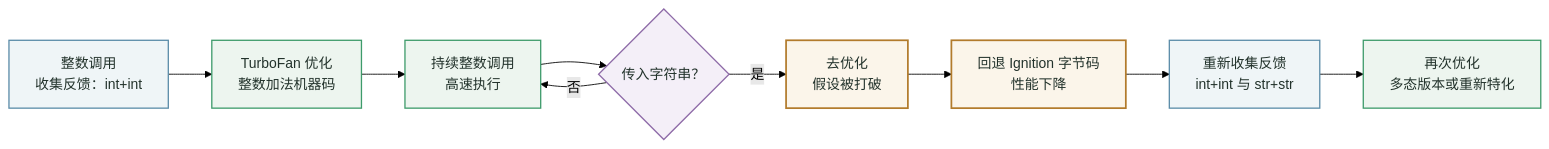
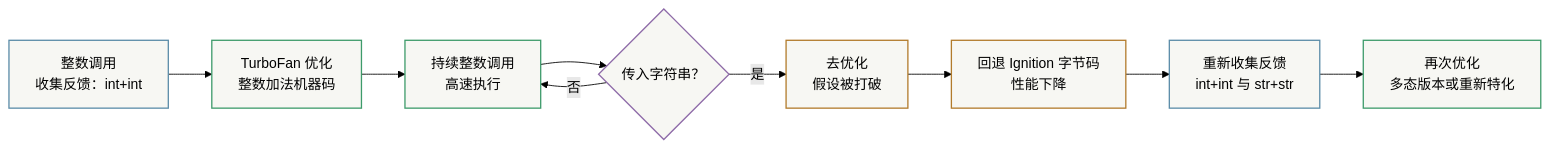
Before and after one commit to Fatejian/frontier-vault: the second of 4 diagrams in docs/javascript/v8-jit-gc.md, drawn with Mermaid (forest theme). The commit also changed other lines of this file and 65 other files, not shown here.

First line of the commit message:
fix(theme): unify mermaid chart palette and remove solid core fills

````diff
--- a/docs/javascript/v8-jit-gc.md
+++ b/docs/javascript/v8-jit-gc.md
@@ -137,20 +137,20 @@
 ```mermaid
 flowchart LR
     A["整数调用<br/>收集反馈：int+int"] --> B["TurboFan 优化<br/>整数加法机器码"]
     B --> C["持续整数调用<br/>高速执行"]
     C --> D{"传入字符串？"}
     D -- "是" --> E["去优化<br/>假设被打破"]
     E --> F["回退 Ignition 字节码<br/>性能下降"]
     F --> G["重新收集反馈<br/>int+int 与 str+str"]
     G --> H["再次优化<br/>多态版本或重新特化"]
     D -- "否" --> C
 
-    classDef wait fill:#EFF5F7,stroke:#5B8CA8,color:#22322B,stroke-width:1.5px;
-    classDef work fill:#EDF5EF,stroke:#3E9B6B,color:#22322B,stroke-width:1.5px;
-    classDef block fill:#FBF5EA,stroke:#B27B2C,color:#22322B,stroke-width:2px;
-    classDef metric fill:#F4EFF8,stroke:#8E6BA8,color:#22322B,stroke-width:1.5px;
+    classDef wait fill:#F7F7F3,stroke:#5B8CA8,stroke-width:1.5px;
+    classDef work fill:#F7F7F3,stroke:#3E9B6B,stroke-width:1.5px;
+    classDef block fill:#F7F7F3,stroke:#B27B2C,stroke-width:1.5px;
+    classDef metric fill:#F7F7F3,stroke:#8E6BA8,stroke-width:1.5px;
     class A,G wait;
     class B,C,H work;
     class E,F block;
     class D metric;
 ```
````
